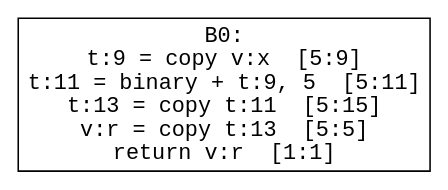
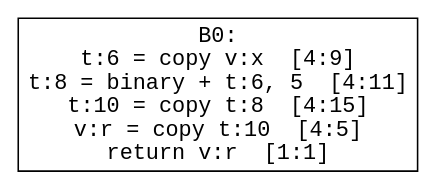
The diagram in HW4/examples/good_basic.cfg.dot (Nikolay56615/TVDSL-HW), drawn with Graphviz before and after one commit. The commit also changed 12 other files, not shown here.

```diff
--- a/HW4/examples/good_basic.cfg.dot
+++ b/HW4/examples/good_basic.cfg.dot
@@ -1,5 +1,5 @@
 digraph "cfg_main" {
   node [shape=box, fontname="monospace"];
   rankdir=TB;
-  "B0" [label="B0:\nt:9 = copy v:x  [5:9]\nt:11 = binary + t:9, 5  [5:11]\nt:13 = copy t:11  [5:15]\nv:r = copy t:13  [5:5]\nreturn v:r  [1:1]"];
+  "B0" [label="B0:\nt:6 = copy v:x  [4:9]\nt:8 = binary + t:6, 5  [4:11]\nt:10 = copy t:8  [4:15]\nv:r = copy t:10  [4:5]\nreturn v:r  [1:1]"];
 }
```
